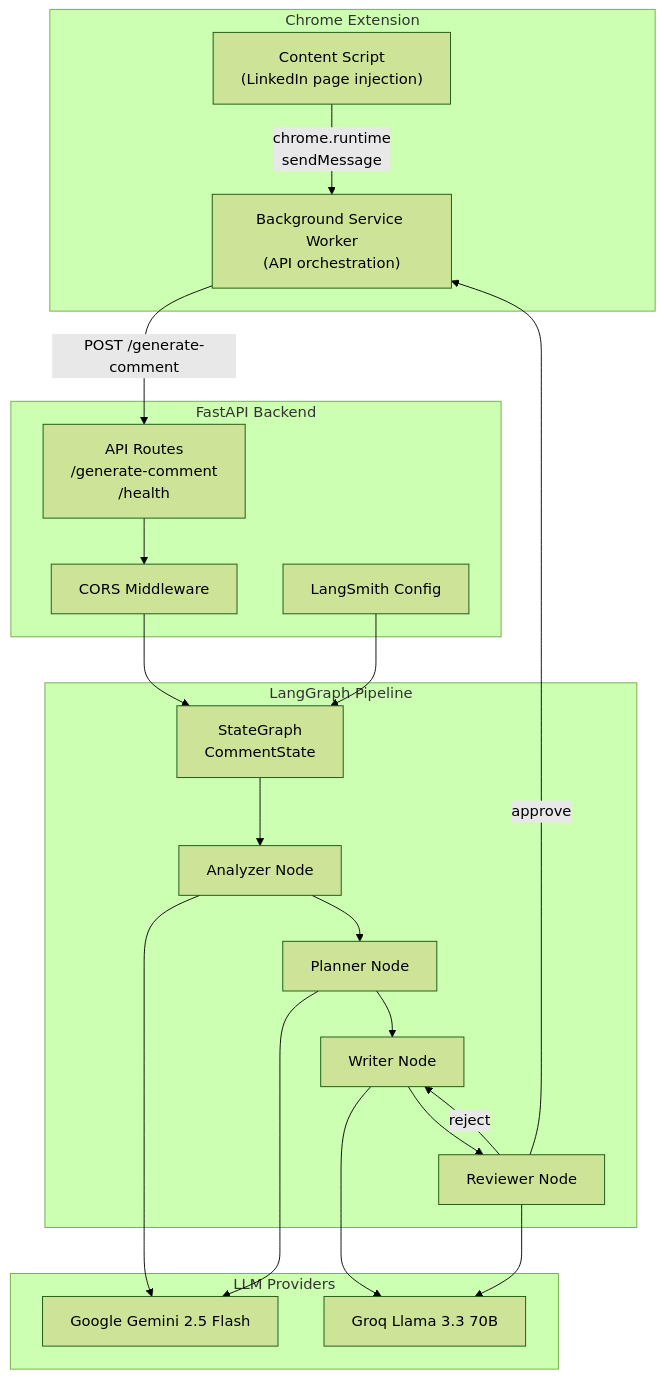
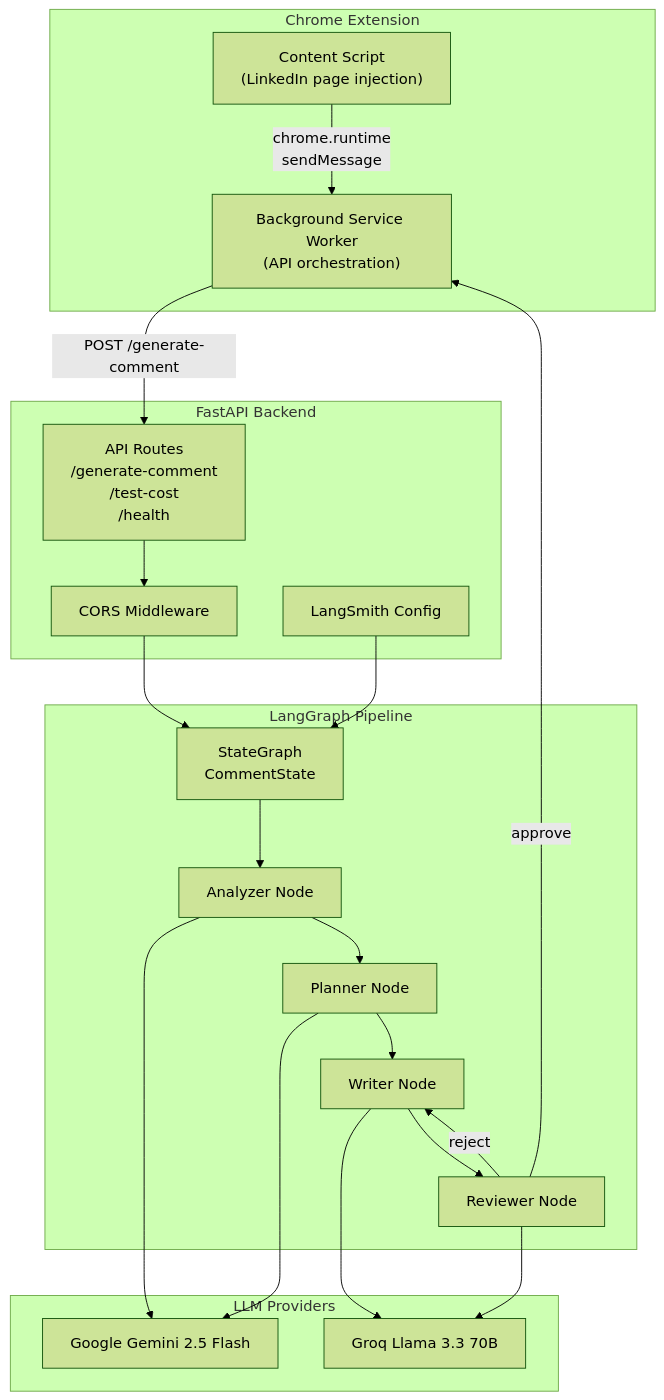
The second of 9 diagrams in doc/ARCHITECTURE.md (himanshu231204/linkedin-ai-comment-copilot), drawn with Mermaid (forest theme) before and after one commit. The commit also changed other lines of this file and 8 other files, not shown here.

First line of the commit message:
feat: add LLM cost tracking with /test-cost endpoint and update all documentation

````diff
--- a/doc/ARCHITECTURE.md
+++ b/doc/ARCHITECTURE.md
@@ -61,42 +61,42 @@
 ```mermaid
 graph TB
     subgraph "Chrome Extension"
         CTX["Content Script<br/>(LinkedIn page injection)"]
         BG["Background Service Worker<br/>(API orchestration)"]
     end
 
     subgraph "FastAPI Backend"
-        ROUTE["API Routes<br/>/generate-comment<br/>/health"]
+        ROUTE["API Routes<br/>/generate-comment<br/>/test-cost<br/>/health"]
         CORS["CORS Middleware"]
         LS["LangSmith Config"]
     end
 
     subgraph "LangGraph Pipeline"
         GRAPH["StateGraph<br/>CommentState"]
         AN["Analyzer Node"]
         PL["Planner Node"]
         WR["Writer Node"]
         RV["Reviewer Node"]
     end
 
     subgraph "LLM Providers"
         GEMINI["Google Gemini 2.5 Flash"]
         GROQLLAMA["Groq Llama 3.3 70B"]
     end
 
     CTX -->|"chrome.runtime<br/>sendMessage"| BG
     BG -->|"POST /generate-comment"| ROUTE
     ROUTE --> CORS
     CORS --> GRAPH
     LS --> GRAPH
     GRAPH --> AN
     AN --> PL
     PL --> WR
     WR --> RV
     RV -->|"reject"| WR
     RV -->|"approve"| BG
     AN --> GEMINI
     PL --> GEMINI
     WR --> GROQLLAMA
     RV --> GROQLLAMA
 ```
````
